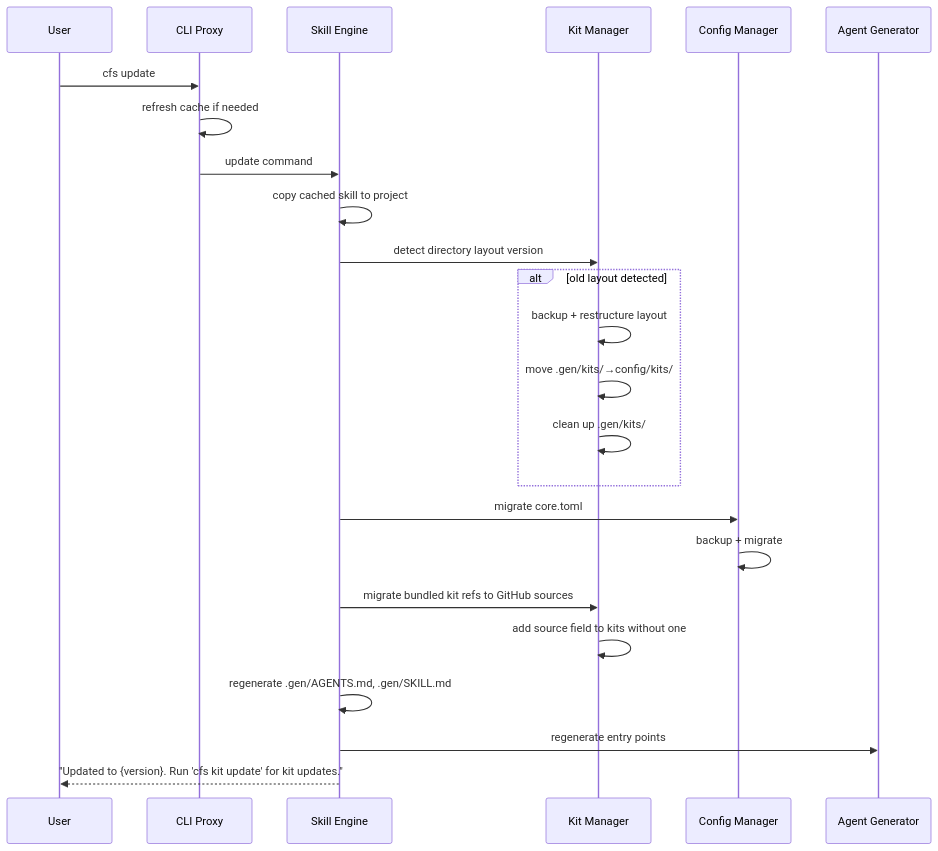
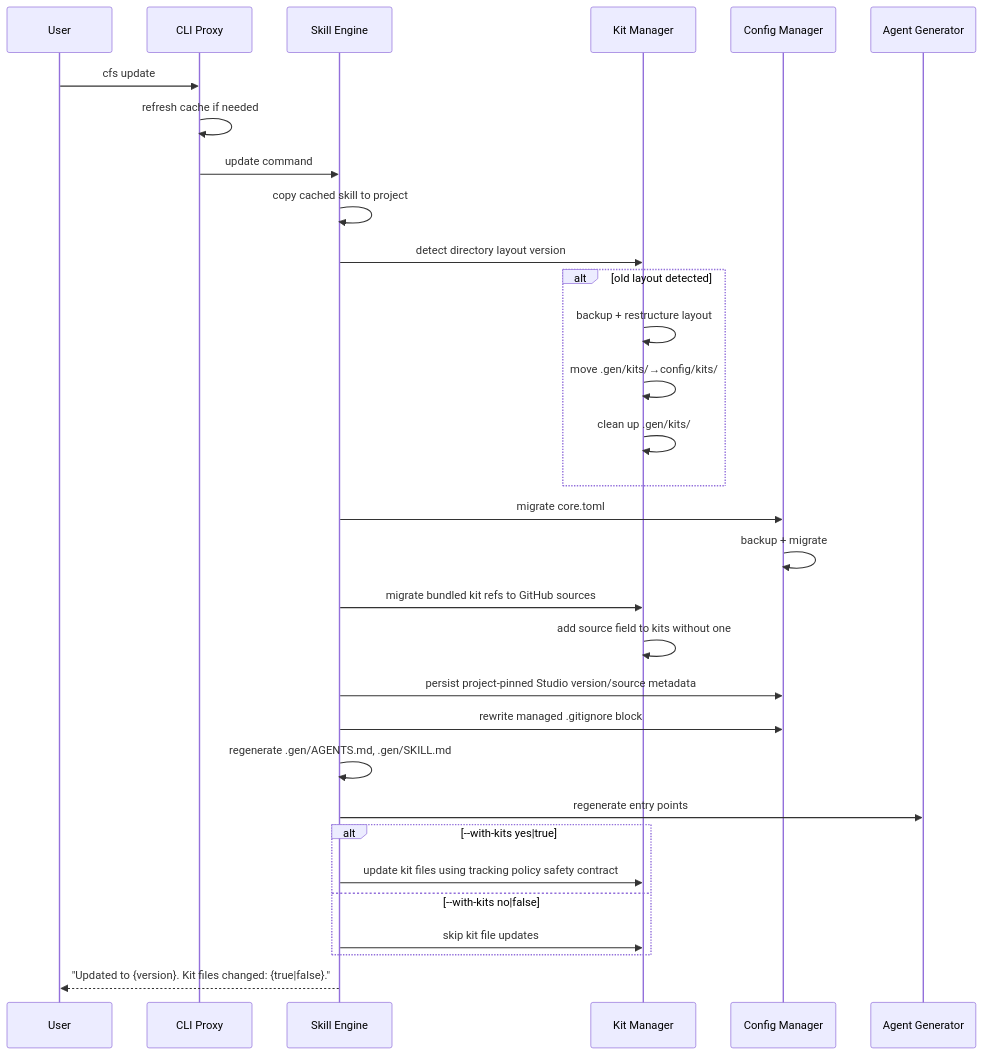
One commit to constructorfabric/studio changed the seventh of 12 diagrams in architecture/DESIGN.md. Above: the diagram before and after it, drawn with Mermaid. The commit also changed other lines of this file and 7 other files, not shown here.

First line of the commit message:
feat(update): enhance update command to support kit updates with --with-kits flag

````diff
--- a/architecture/DESIGN.md
+++ b/architecture/DESIGN.md
@@ -1126,20 +1136,27 @@
 ```mermaid
 sequenceDiagram
     User->>CLI Proxy: cfs update
     CLI Proxy->>CLI Proxy: refresh cache if needed
     CLI Proxy->>Skill Engine: update command
     Skill Engine->>Skill Engine: copy cached skill to project
     Skill Engine->>Kit Manager: detect directory layout version
     alt old layout detected
         Kit Manager->>Kit Manager: backup + restructure layout
         Kit Manager->>Kit Manager: move .gen/kits/→config/kits/
         Kit Manager->>Kit Manager: clean up .gen/kits/
     end
     Skill Engine->>Config Manager: migrate core.toml
     Config Manager->>Config Manager: backup + migrate
     Skill Engine->>Kit Manager: migrate bundled kit refs to GitHub sources
     Kit Manager->>Kit Manager: add source field to kits without one
+    Skill Engine->>Config Manager: persist project-pinned Studio version/source metadata
+    Skill Engine->>Config Manager: rewrite managed .gitignore block
     Skill Engine->>Skill Engine: regenerate .gen/AGENTS.md, .gen/SKILL.md
     Skill Engine->>Agent Generator: regenerate entry points
-    Skill Engine-->>User: "Updated to {version}. Run 'cfs kit update' for kit updates."
+    alt --with-kits yes|true
+        Skill Engine->>Kit Manager: update kit files using tracking policy safety contract
+    else --with-kits no|false
+        Skill Engine->>Kit Manager: skip kit file updates
+    end
+    Skill Engine-->>User: "Updated to {version}. Kit files changed: {true|false}."
 ```
````
